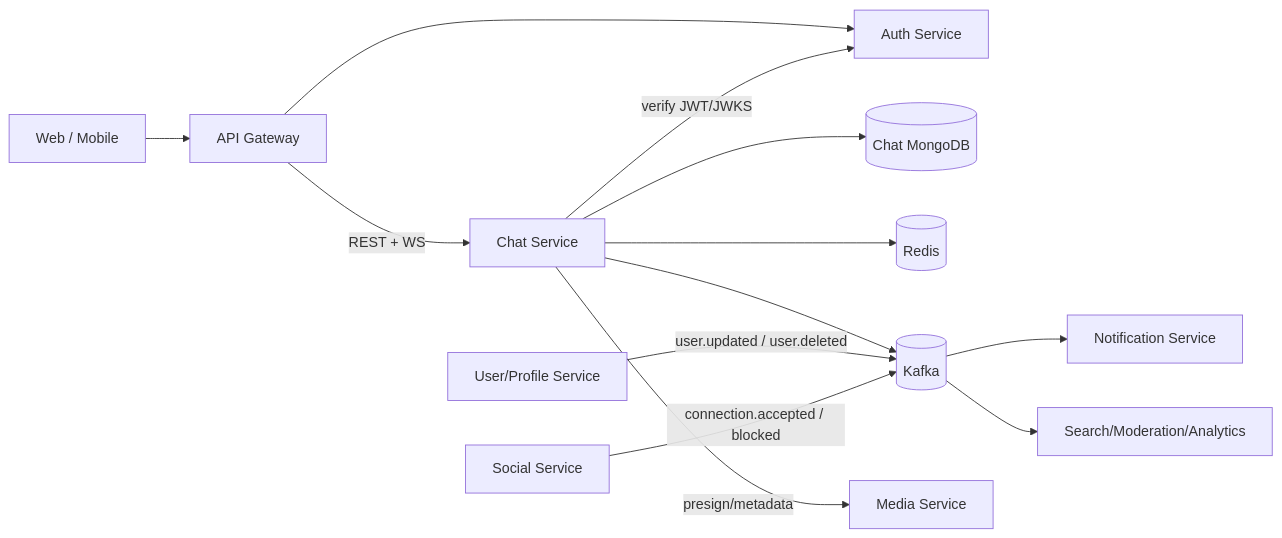
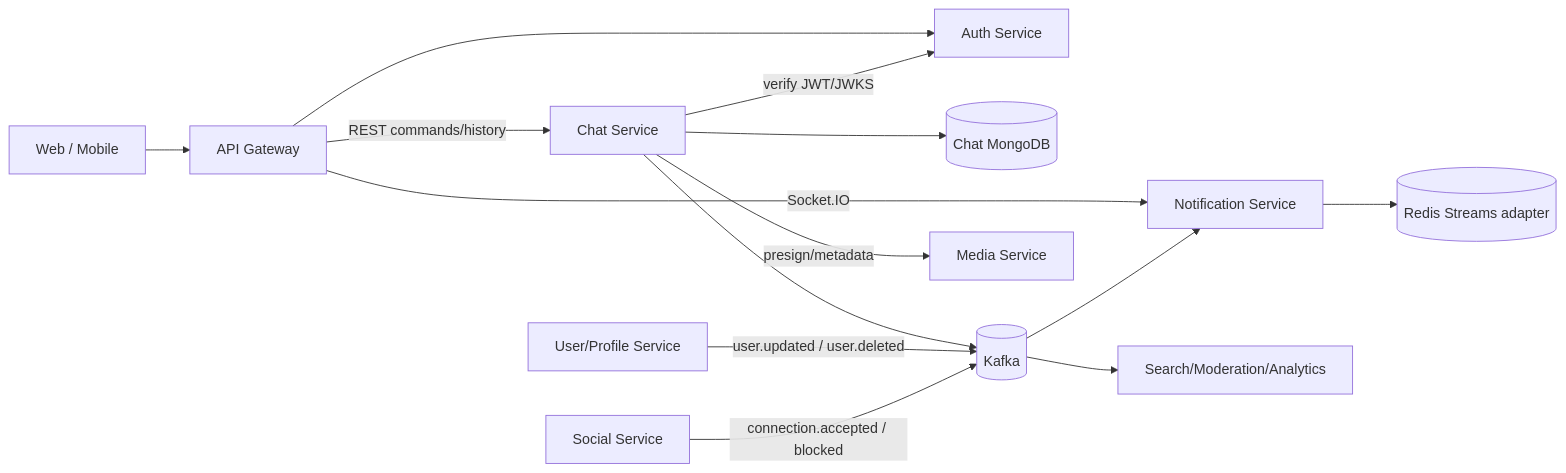
Before and after one commit to LensExe/lens-chat-service: the first of 3 diagrams in scripts/chat_microservice_refactor_design.md, drawn with Mermaid. The commit also changed other lines of this file and 34 other files, not shown here.

Commit message:
feat(chat): publish REST message events through Kafka outbox

````diff
--- a/scripts/chat_microservice_refactor_design.md
+++ b/scripts/chat_microservice_refactor_design.md
@@ -100,15 +104,16 @@
 ```mermaid
 flowchart LR
     Client[Web / Mobile] --> Gateway[API Gateway]
-    Gateway -->|REST + WS| Chat[Chat Service]
+    Gateway -->|REST commands/history| Chat[Chat Service]
+    Gateway -->|Socket.IO| Notification[Notification Service]
     Gateway --> Auth[Auth Service]
     Chat -->|verify JWT/JWKS| Auth
     Chat --> Mongo[(Chat MongoDB)]
-    Chat --> Redis[(Redis)]
     Chat --> Kafka[(Kafka)]
     Chat -->|presign/metadata| Media[Media Service]
     User[User/Profile Service] -->|user.updated / user.deleted| Kafka
     Social[Social Service] -->|connection.accepted / blocked| Kafka
-    Kafka --> Notification[Notification Service]
+    Kafka --> Notification
+    Notification --> Redis[(Redis Streams adapter)]
     Kafka --> Search[Search/Moderation/Analytics]
 ```
````
